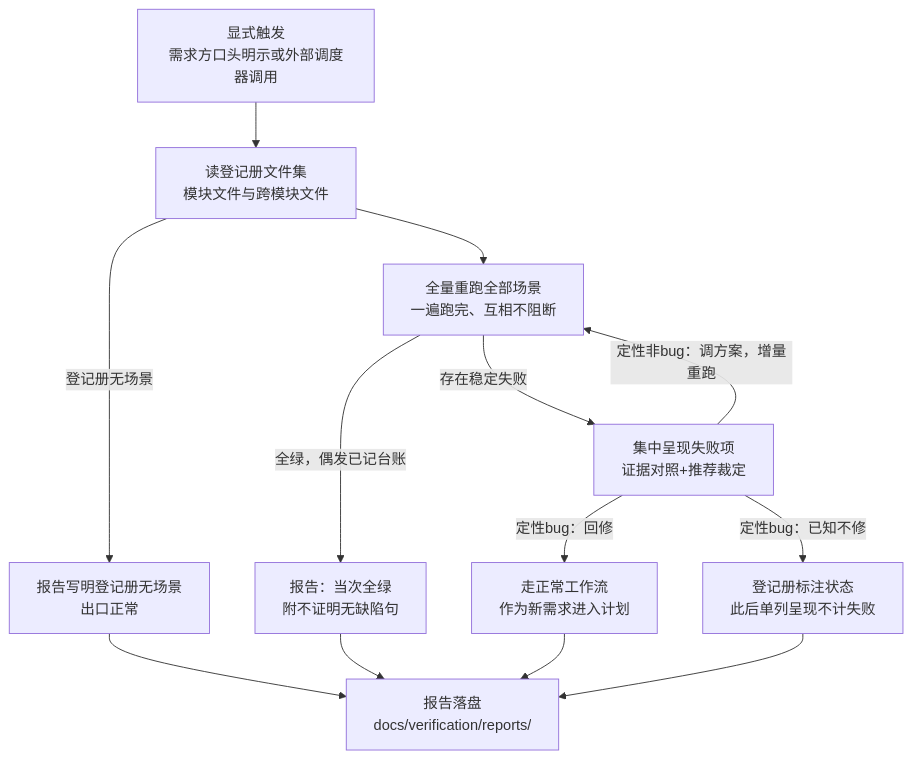
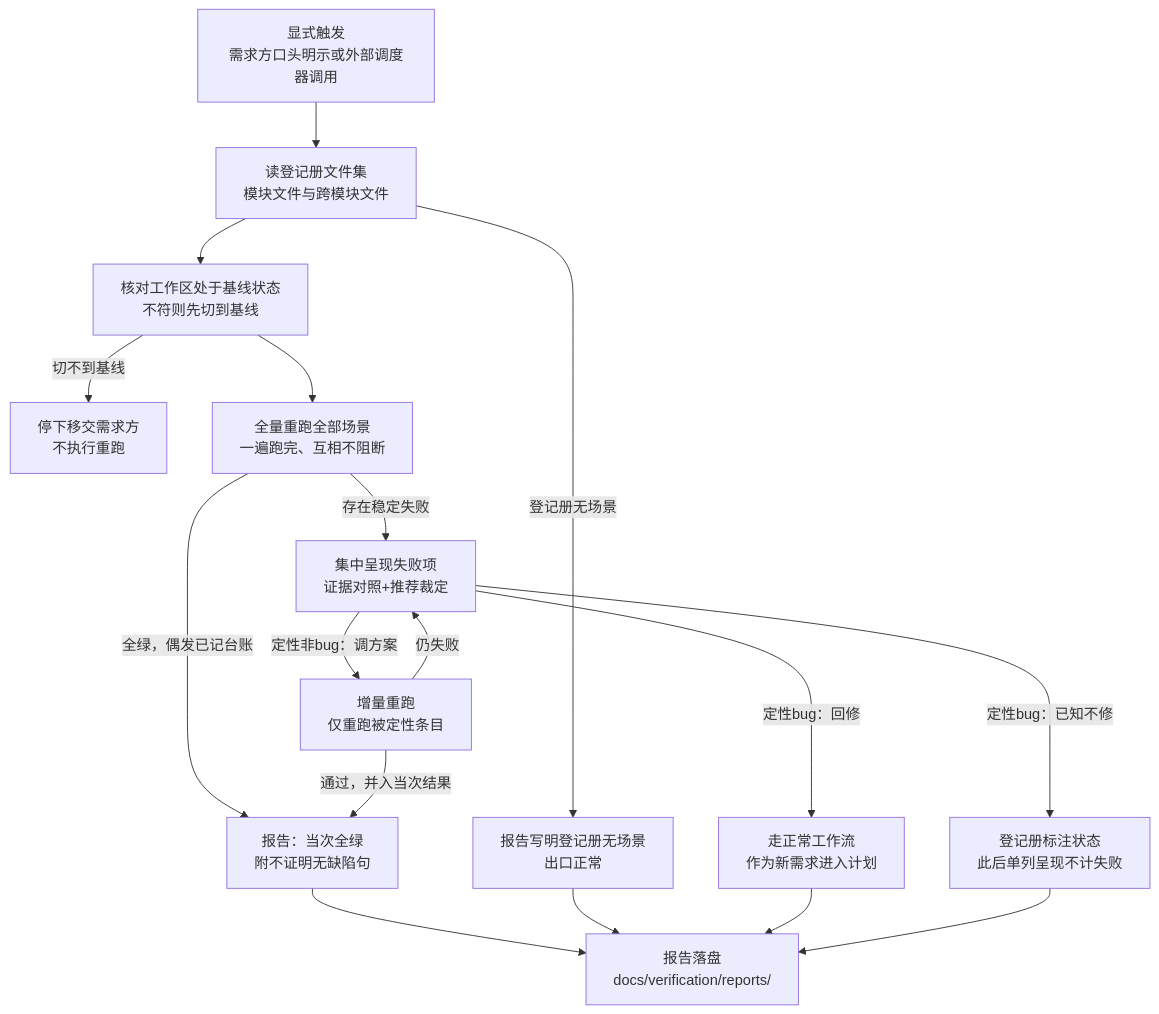
The diagram in skills/regression-sweep/SKILL.md (chuxiao/superpowers), drawn with Mermaid before and after one commit. The commit also changed other lines of this file, not shown here.

Commit message:
回归技能修复：基线执行锚定、增量重跑图文一致、形态路由全路径

````diff
--- a/skills/regression-sweep/SKILL.md
+++ b/skills/regression-sweep/SKILL.md
@@ -12,15 +12,19 @@
 ```mermaid
 flowchart TD
     TR["显式触发<br/>需求方口头明示或外部调度器调用"] --> RD["读登记册文件集<br/>模块文件与跨模块文件"]
     RD -->|"登记册无场景"| EMPTY["报告写明登记册无场景<br/>出口正常"]
-    RD --> RUN["全量重跑全部场景<br/>一遍跑完、互相不阻断"]
+    RD --> BASE["核对工作区处于基线状态<br/>不符则先切到基线"]
+    BASE -->|"切不到基线"| STOP["停下移交需求方<br/>不执行重跑"]
+    BASE --> RUN["全量重跑全部场景<br/>一遍跑完、互相不阻断"]
     RUN -->|"全绿，偶发已记台账"| GREEN["报告：当次全绿<br/>附不证明无缺陷句"]
     RUN -->|"存在稳定失败"| ALL["集中呈现失败项<br/>证据对照+推荐裁定"]
-    ALL -->|"定性非bug：调方案，增量重跑"| RUN
+    ALL -->|"定性非bug：调方案"| INC["增量重跑<br/>仅重跑被定性条目"]
+    INC -->|"仍失败"| ALL
+    INC -->|"通过，并入当次结果"| GREEN
     ALL -->|"定性bug：回修"| FLOW["走正常工作流<br/>作为新需求进入计划"]
     ALL -->|"定性bug：已知不修"| KNOWN["登记册标注状态<br/>此后单列呈现不计失败"]
     GREEN --> OUT["报告落盘<br/>docs/verification/reports/"]
     EMPTY --> OUT
     FLOW --> OUT
     KNOWN --> OUT
 ```
````
